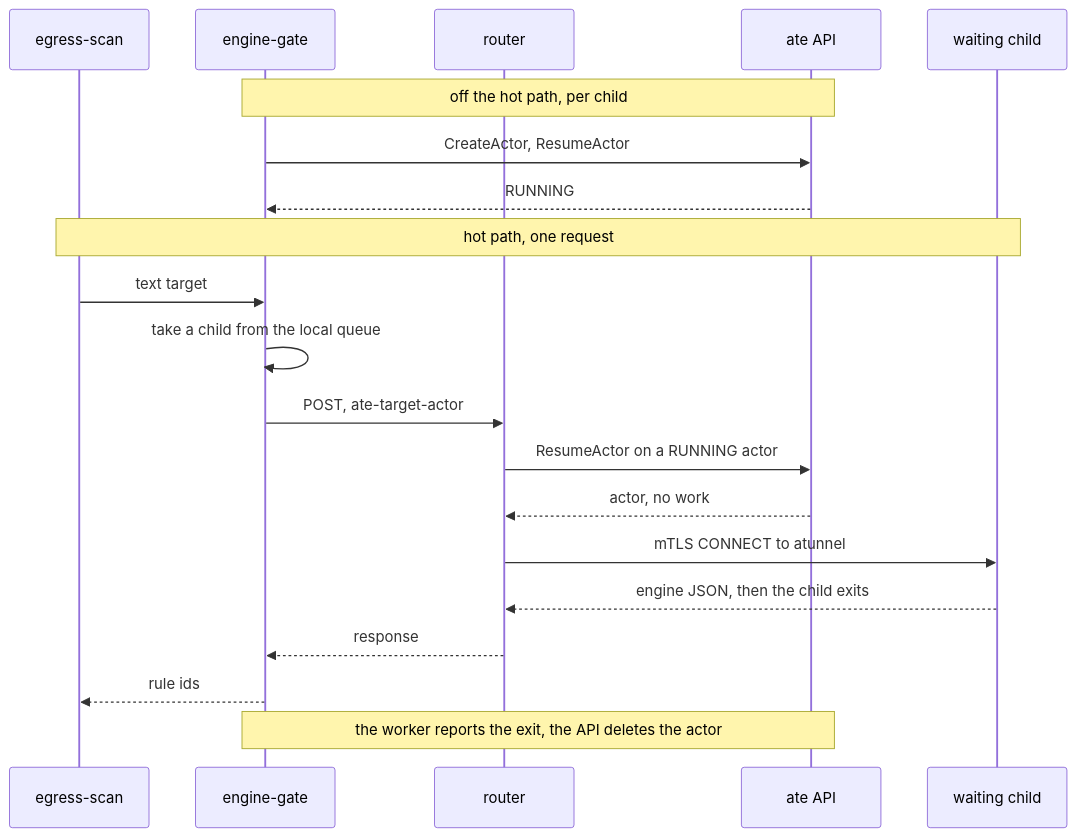
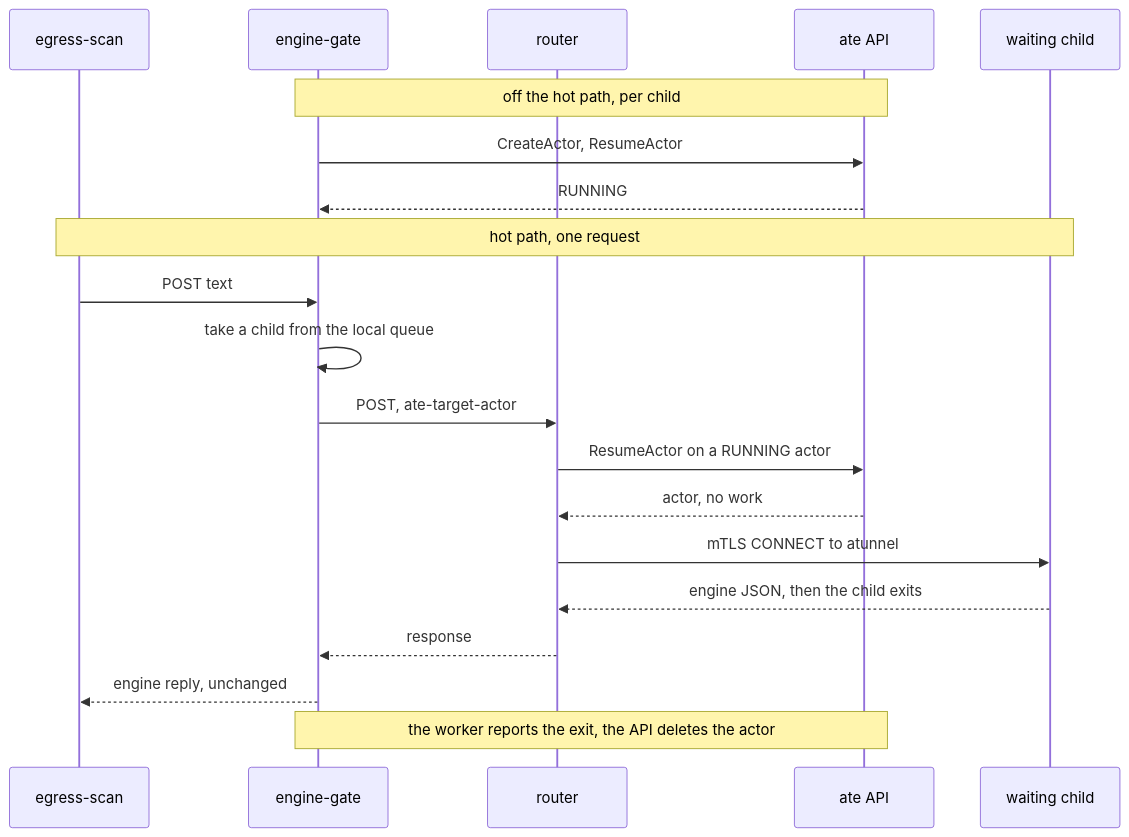
The second of 3 diagrams in projects/platform-factory/substrate/egress-scan/ARCHITECTURE.md (jomcgi-org/homelab), drawn with Mermaid before and after one commit. The commit also changed other lines of this file and 1 other file, not shown here.

First line of the commit message:
docs(egress-scan): fix the engine path note after design review

````diff
--- a/projects/platform-factory/substrate/egress-scan/ARCHITECTURE.md
+++ b/projects/platform-factory/substrate/egress-scan/ARCHITECTURE.md
@@ -48,22 +49,22 @@
 ```mermaid
 sequenceDiagram
   participant S as egress-scan
   participant E as engine-gate
   participant R as router
   participant A as ate API
   participant C as waiting child
   Note over E,A: off the hot path, per child
   E->>A: CreateActor, ResumeActor
   A-->>E: RUNNING
   Note over S,C: hot path, one request
-  S->>E: text target
+  S->>E: POST text
   E->>E: take a child from the local queue
   E->>R: POST, ate-target-actor
   R->>A: ResumeActor on a RUNNING actor
   A-->>R: actor, no work
   R->>C: mTLS CONNECT to atunnel
   C-->>R: engine JSON, then the child exits
   R-->>E: response
-  E-->>S: rule ids
+  E-->>S: engine reply, unchanged
   Note over E,A: the worker reports the exit, the API deletes the actor
 ```
````
